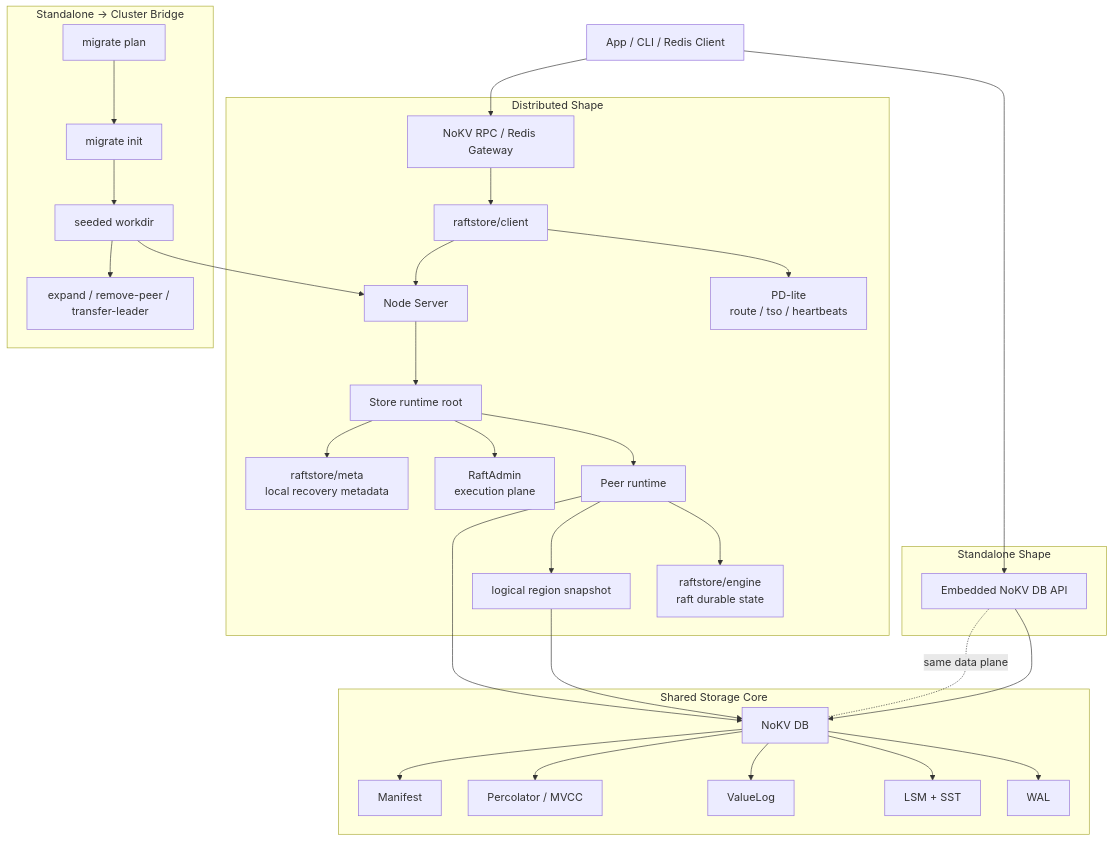
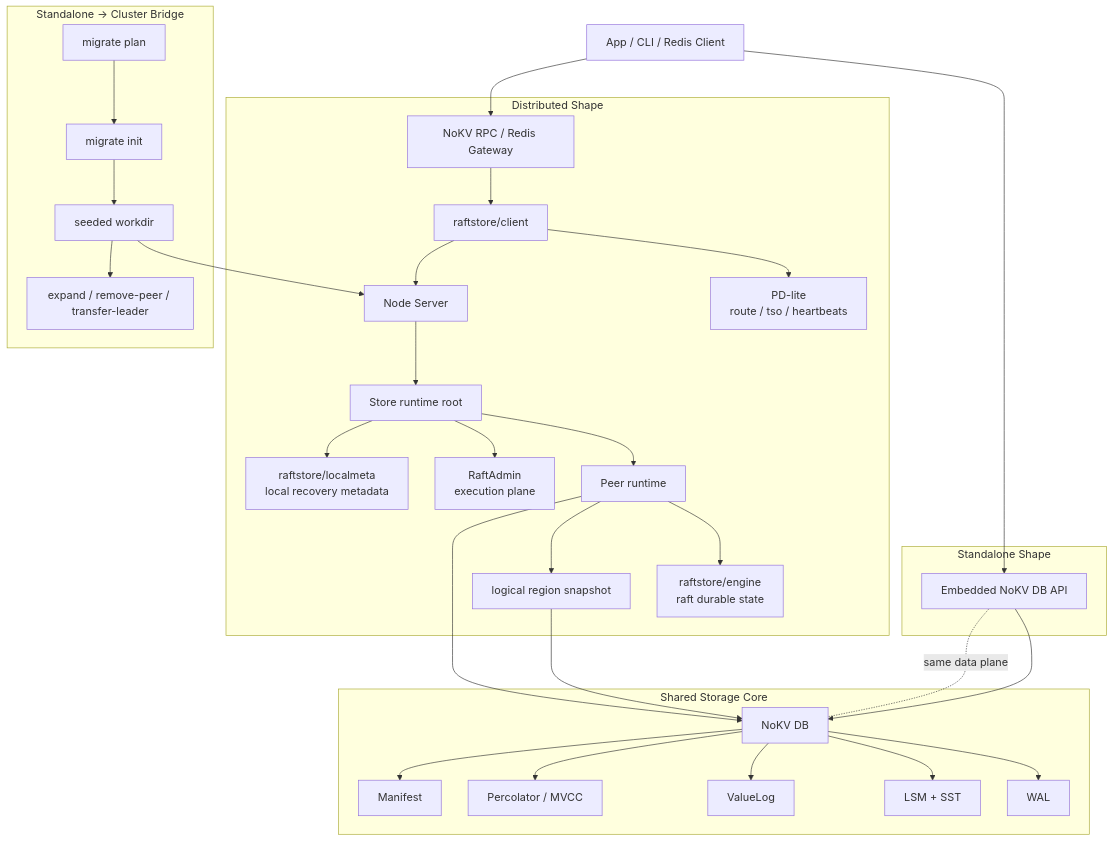
One commit to feichai0017/NoKV changed the diagram in README.md. Above: the diagram before and after it, drawn with Mermaid. The commit also changed 87 other files, not shown here.

Commit message:
refactor: rename raftstore meta to localmeta

````diff
--- a/README.md
+++ b/README.md
@@ -172,66 +172,66 @@
 ```mermaid
 %%{init: {
   "themeVariables": { "fontSize": "17px" },
   "flowchart": { "nodeSpacing": 42, "rankSpacing": 58, "curve": "basis" }
 }}%%
 flowchart TD
     App["App / CLI / Redis Client"]
 
     subgraph Standalone["Standalone Shape"]
         Embedded["Embedded NoKV DB API"]
     end
 
     subgraph Distributed["Distributed Shape"]
         Gateway["NoKV RPC / Redis Gateway"]
         Client["raftstore/client"]
         PD["PD-lite<br/>route / tso / heartbeats"]
         Server["Node Server"]
         Store["Store runtime root"]
         Peer["Peer runtime"]
         Admin["RaftAdmin<br/>execution plane"]
-        Meta["raftstore/meta<br/>local recovery metadata"]
+        Meta["raftstore/localmeta<br/>local recovery metadata"]
         RaftEngine["raftstore/engine<br/>raft durable state"]
         Snap["logical region snapshot"]
     end
 
     subgraph DataPlane["Shared Storage Core"]
         DB["NoKV DB"]
         WAL["WAL"]
         LSM["LSM + SST"]
         VLog["ValueLog"]
         MVCC["Percolator / MVCC"]
         Manifest["Manifest"]
     end
 
     subgraph Migration["Standalone → Cluster Bridge"]
         Plan["migrate plan"]
         Init["migrate init"]
         Seed["seeded workdir"]
         Expand["expand / remove-peer / transfer-leader"]
     end
 
     App --> Embedded
     App --> Gateway
     Gateway --> Client
     Client --> PD
     Client --> Server
     Server --> Store
     Store --> Peer
     Store --> Admin
     Store --> Meta
     Peer --> RaftEngine
     Peer --> Snap
     Embedded --> DB
     Peer --> DB
     Snap --> DB
     DB --> WAL
     DB --> LSM
     DB --> VLog
     DB --> MVCC
     DB --> Manifest
     Embedded -.same data plane.- DB
     Plan --> Init
     Init --> Seed
     Seed --> Server
     Seed --> Expand
 ```
````
